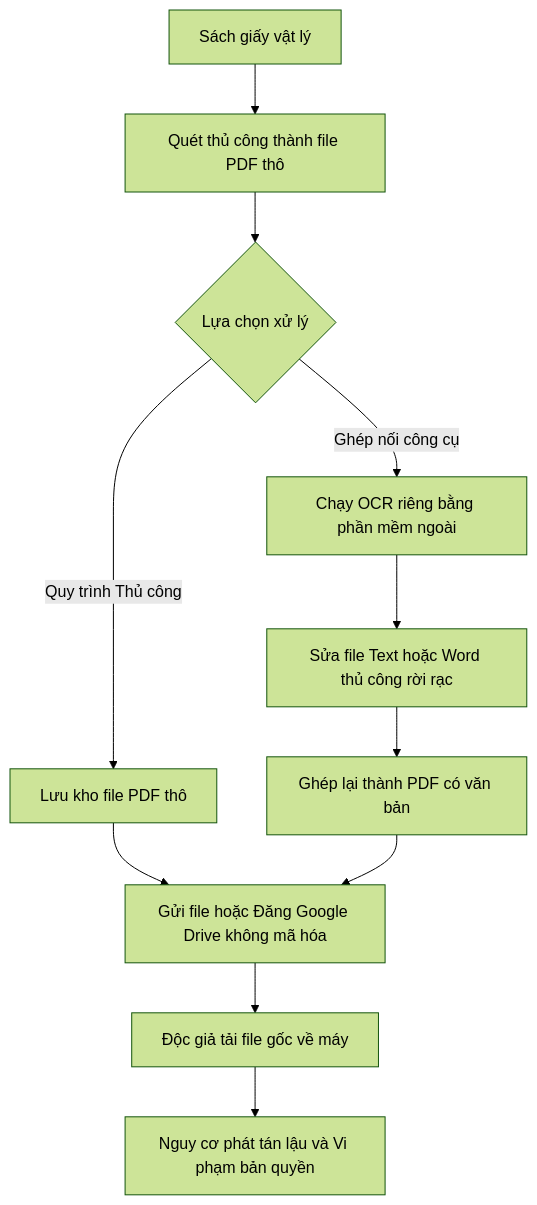
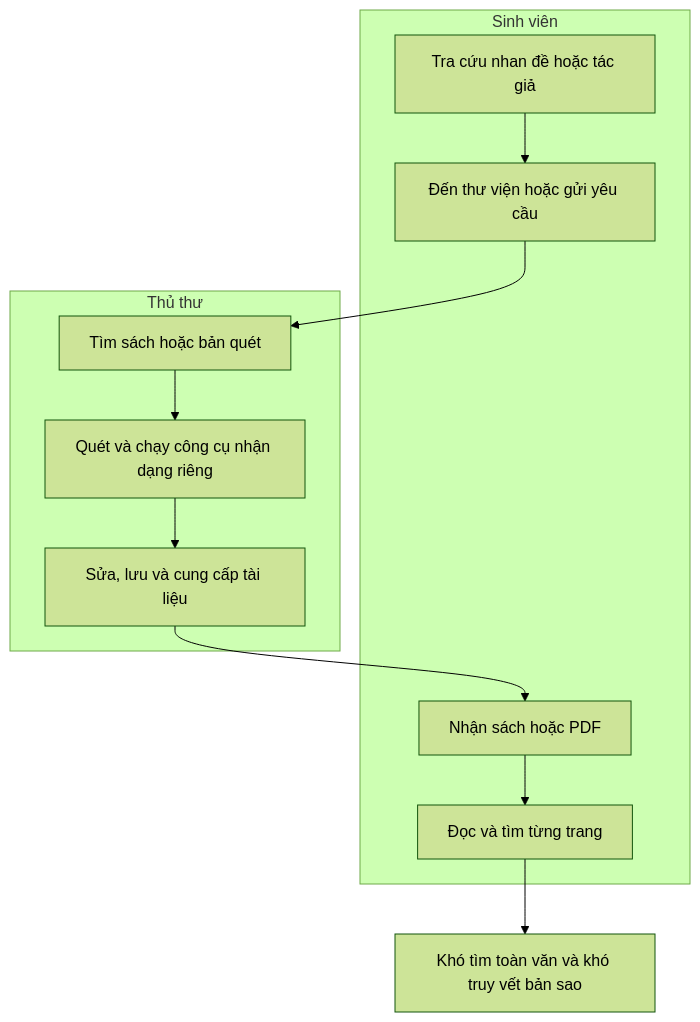
One commit to Schooleo/LIBIF changed the first of 2 diagrams in docs/markdowns-vi-v2/LIBIF-Project-Vision-Scope.md. Above: the diagram before and after it, drawn with Mermaid (forest theme). The commit also changed other lines of this file and 2 other files, not shown here.

````diff
--- a/docs/markdowns-vi-v2/LIBIF-Project-Vision-Scope.md
+++ b/docs/markdowns-vi-v2/LIBIF-Project-Vision-Scope.md
@@ -33,17 +36,16 @@
 ```mermaid
 flowchart TD
-    A["Sách giấy vật lý"] --> B["Quét thủ công thành file PDF thô"]
-    B --> C{"Lựa chọn xử lý"}
-    
-    C -->|"Quy trình Thủ công"| D["Lưu kho file PDF thô"]
-    C -->|"Ghép nối công cụ"| E["Chạy OCR riêng bằng phần mềm ngoài"]
-    
-    E --> F["Sửa file Text hoặc Word thủ công rời rạc"]
-    F --> G["Ghép lại thành PDF có văn bản"]
-    
-    D --> H["Gửi file hoặc Đăng Google Drive không mã hóa"]
-    G --> H
-    
-    H --> I["Độc giả tải file gốc về máy"]
-    I --> J["Nguy cơ phát tán lậu và Vi phạm bản quyền"]
+    subgraph SV["Sinh viên"]
+        A[Tra cứu nhan đề hoặc tác giả] --> B[Đến thư viện hoặc gửi yêu cầu]
+        F[Nhận sách hoặc PDF] --> G[Đọc và tìm từng trang]
+    end
+
+    subgraph TT["Thủ thư"]
+        C[Tìm sách hoặc bản quét] --> D[Quét và chạy công cụ nhận dạng riêng]
+        D --> E[Sửa, lưu và cung cấp tài liệu]
+    end
+
+    B --> C
+    E --> F
+    G --> H[Khó tìm toàn văn và khó truy vết bản sao]
 ```
````
